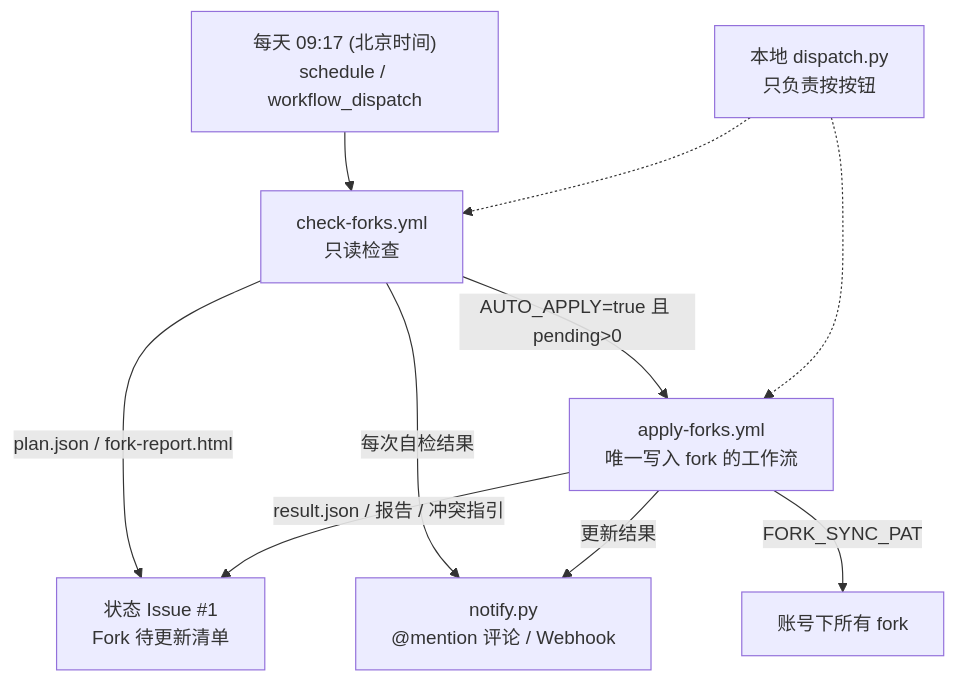
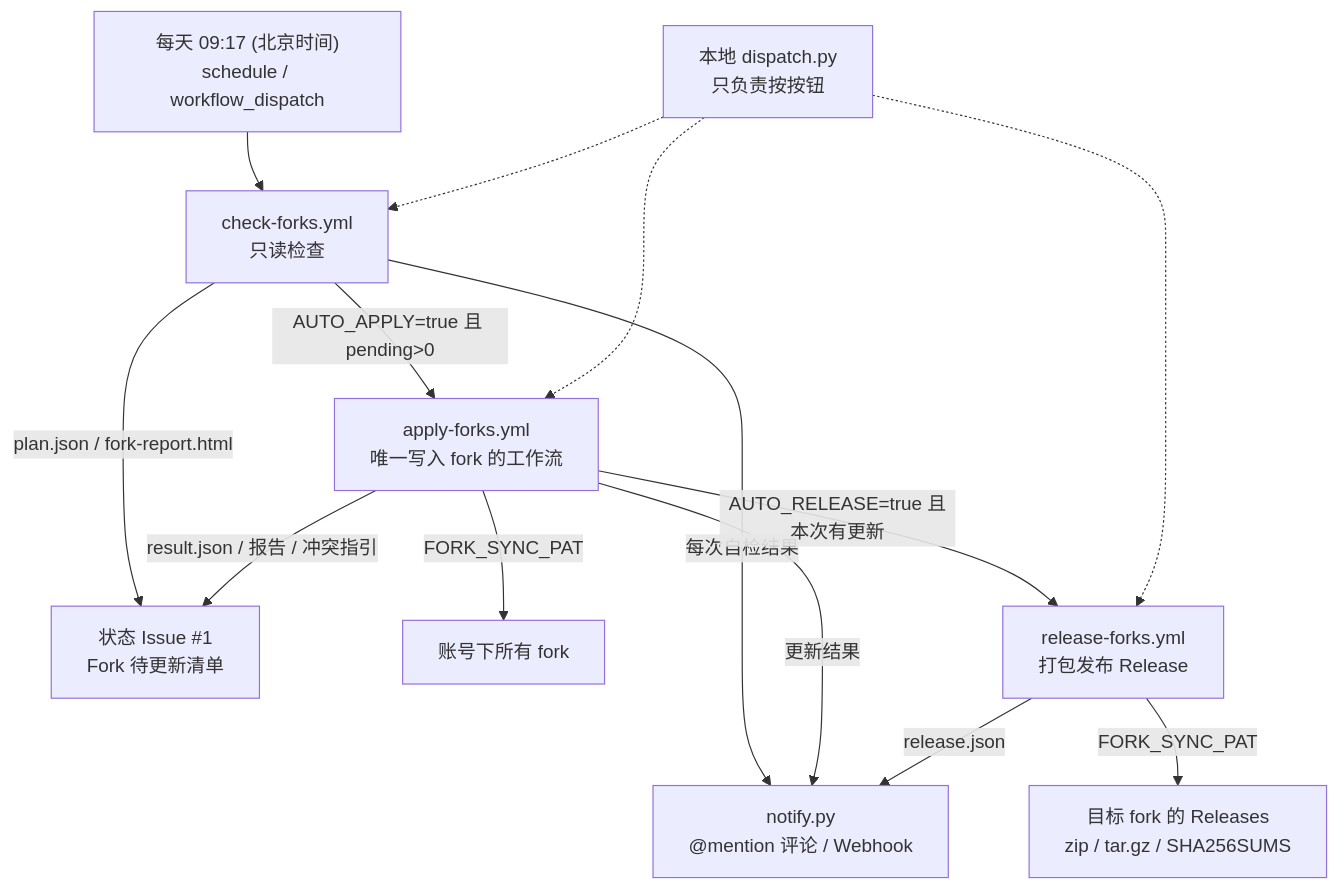
Before and after one commit to shinnaluo/fork-hub: the diagram in README.md, drawn with Mermaid. The commit also changed other lines of this file and 7 other files, not shown here.

Commit message:
feat: 自动打包发布 fork 的 HA 集成/软件/模块 Release

````diff
--- a/README.md
+++ b/README.md
@@ -55,12 +55,16 @@
 ```mermaid
 flowchart TB
     S["每天 09:17 (北京时间)<br/>schedule / workflow_dispatch"] --> C["check-forks.yml<br/>只读检查"]
     C -->|"plan.json / fork-report.html"| I["状态 Issue #1<br/>Fork 待更新清单"]
     C -->|"每次自检结果"| N["notify.py<br/>@mention 评论 / Webhook"]
     C -->|"AUTO_APPLY=true 且 pending>0"| A["apply-forks.yml<br/>唯一写入 fork 的工作流"]
     A -->|"FORK_SYNC_PAT"| F["账号下所有 fork"]
     A -->|"result.json / 报告 / 冲突指引"| I
     A -->|"更新结果"| N
+    A -->|"AUTO_RELEASE=true 且本次有更新"| R["release-forks.yml<br/>打包发布 Release"]
+    R -->|"FORK_SYNC_PAT"| T["目标 fork 的 Releases<br/>zip / tar.gz / SHA256SUMS"]
+    R -->|"release.json"| N
     D["本地 dispatch.py<br/>只负责按按钮"] -.-> C
     D -.-> A
+    D -.-> R
 ```
````
